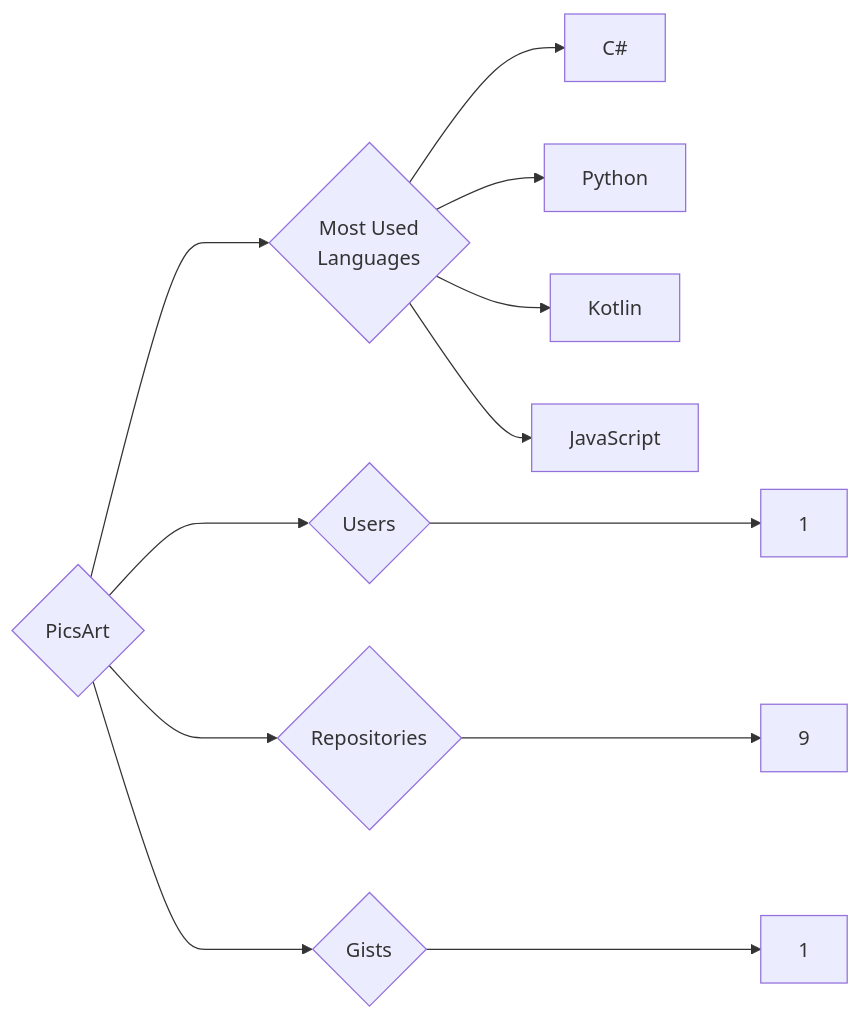
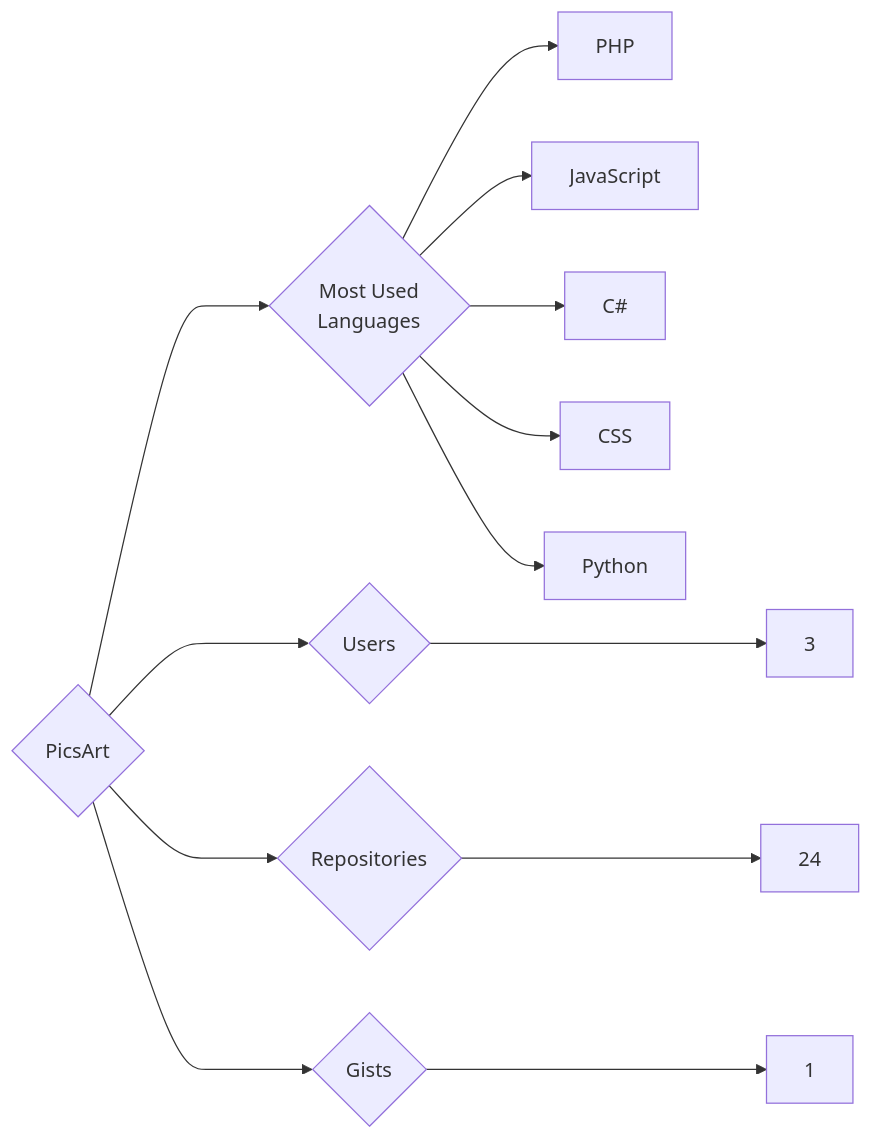
Before and after one commit to trickest/insiders: the diagram in targets/PicsArt/README.md, drawn with Mermaid. The commit also changed 870 other files, not shown here.

````diff
--- a/targets/PicsArt/README.md
+++ b/targets/PicsArt/README.md
@@ -3,12 +3,13 @@
 ```mermaid
 graph LR
 COMPANY_NAME{PicsArt}
-COMPANY_NAME ---> U{Users} ---> UN[1]
-COMPANY_NAME ---> R{Repositories} ---> RN[9]
+COMPANY_NAME ---> U{Users} ---> UN[3]
+COMPANY_NAME ---> R{Repositories} ---> RN[24]
 COMPANY_NAME ---> G{Gists} ---> GN[1]
 COMPANY_NAME ---> ML{Most Used<br>Languages}
+ML --> PHP[PHP]
+ML --> JavaScript[JavaScript]
 ML --> C#[C#]
+ML --> CSS[CSS]
 ML --> Python[Python]
-ML --> Kotlin[Kotlin]
-ML --> JavaScript[JavaScript]
 ```
````
